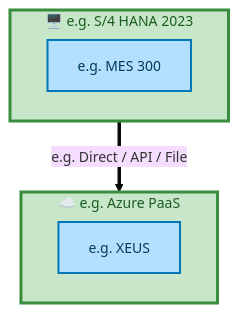
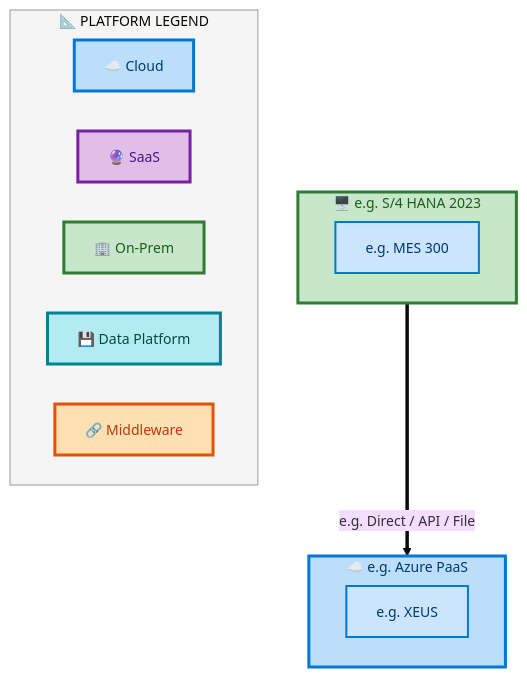
One commit to sajivfrancis777/IAO-Architecture changed the seventh of 7 diagrams in towers/E2E/Procure to Pay/E2E-46/output/docs/systems-architecture/E2E-46-Architecture.md. Above: the diagram before and after it, drawn with Mermaid. The commit also changed other lines of this file and 394 other files, not shown here.

First line of the commit message:
feat: structured layer ordering for Mermaid architecture diagrams

````diff
--- a/towers/E2E/Procure to Pay/E2E-46/output/docs/systems-architecture/E2E-46-Architecture.md
+++ b/towers/E2E/Procure to Pay/E2E-46/output/docs/systems-architecture/E2E-46-Architecture.md
@@ -601,22 +634,36 @@
 ```mermaid
 %%{init: {"theme": "base", "securityLevel": "loose", "themeVariables": {"fontSize": "14px", "fontFamily": "Segoe UI, Arial"}, "flowchart": {"useMaxWidth": false, "htmlLabels": true, "nodeSpacing": 40, "rankSpacing": 50}} }%%
 flowchart TB
-    classDef appBox fill:#B5DFFF,stroke:#0077B6,stroke-width:2px,color:#003D5B
-    classDef platBox fill:#C8E6C9,stroke:#388E3C,stroke-width:3px,color:#1B5E20
-    classDef eolBox fill:#FFB5B5,stroke:#CC0000,stroke-width:2px,color:#660000
+    classDef appBox fill:#CCE5FF,stroke:#0078D4,stroke-width:2px,color:#003A6C
+    classDef platBox fill:#C8E6C9,stroke:#2E7D32,stroke-width:3px,color:#1B5E20
+    classDef eolBox fill:#FFCDD2,stroke:#C62828,stroke-width:2px,color:#B71C1C
 
     subgraph E2E46FPLP_e_g_Azure_PaaS["☁️ e.g. Azure PaaS"]
         direction LR
         E2E46FPLA_e_g_XEUS["e.g. XEUS"]:::appBox
     end
-    style E2E46FPLP_e_g_Azure_PaaS fill:#C8E6C9,stroke:#388E3C,stroke-width:3px,color:#1B5E20
+    style E2E46FPLP_e_g_Azure_PaaS fill:#BBDEFB,stroke:#0078D4,stroke-width:3px,color:#003A6C
 
     subgraph E2E46FPLP_e_g_S_4_HANA_2023["🖥️ e.g. S/4 HANA 2023"]
         direction LR
         E2E46FPLA_e_g_MES_300["e.g. MES 300"]:::appBox
     end
-    style E2E46FPLP_e_g_S_4_HANA_2023 fill:#C8E6C9,stroke:#388E3C,stroke-width:3px,color:#1B5E20
+    style E2E46FPLP_e_g_S_4_HANA_2023 fill:#C8E6C9,stroke:#2E7D32,stroke-width:3px,color:#1B5E20
 
     E2E46FPLP_e_g_S_4_HANA_2023 ==>|"e.g. Direct / API / File"| E2E46FPLP_e_g_Azure_PaaS
 
+    subgraph E2E46FPLLegend["📐 PLATFORM LEGEND"]
+        direction LR
+        E2E46FPLLC["☁️ Cloud"]
+        E2E46FPLLS["🔮 SaaS"]
+        E2E46FPLLO["🏢 On-Prem"]
+        E2E46FPLLD["💾 Data Platform"]
+        E2E46FPLLM["🔗 Middleware"]
+    end
+    style E2E46FPLLegend fill:#F5F5F5,stroke:#999,stroke-width:1px
+    style E2E46FPLLC fill:#BBDEFB,stroke:#0078D4,stroke-width:3px,color:#003A6C
+    style E2E46FPLLS fill:#E1BEE7,stroke:#7B1FA2,stroke-width:3px,color:#4A148C
+    style E2E46FPLLO fill:#C8E6C9,stroke:#2E7D32,stroke-width:3px,color:#1B5E20
+    style E2E46FPLLD fill:#B2EBF2,stroke:#00838F,stroke-width:3px,color:#004D40
+    style E2E46FPLLM fill:#FFE0B2,stroke:#E65100,stroke-width:3px,color:#BF360C
 ```
````
